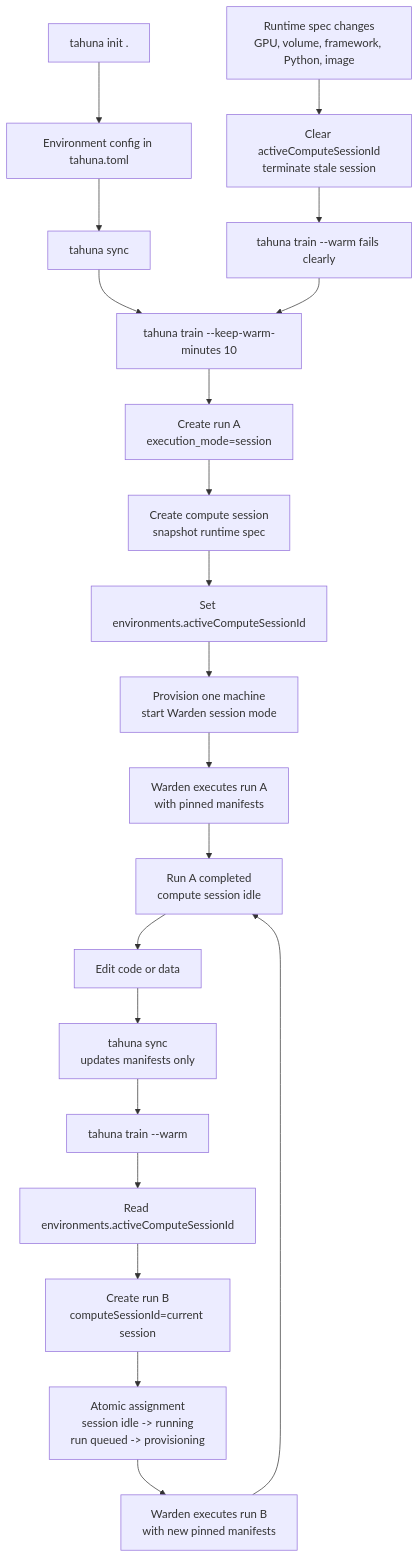
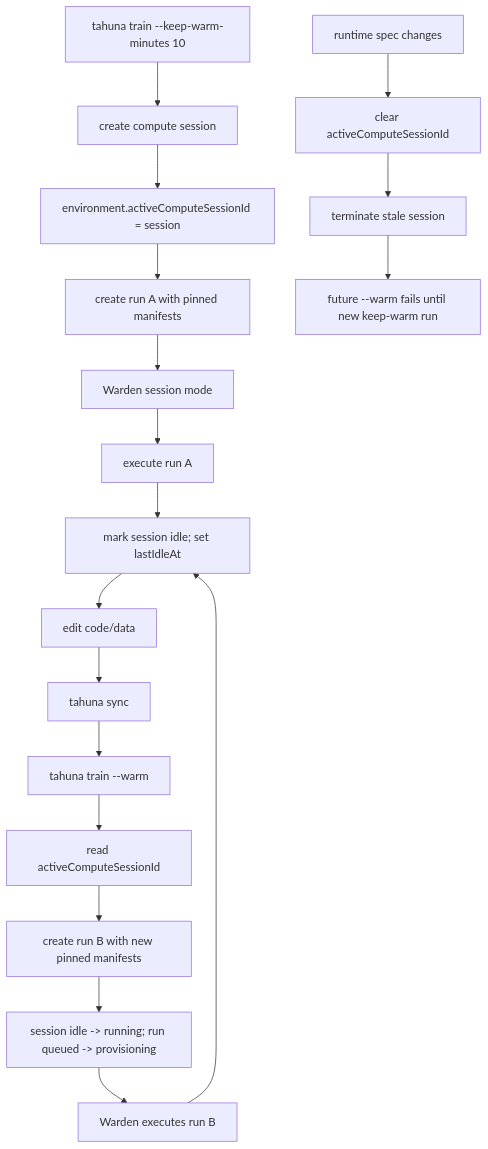
Before and after one commit to TahunaLabs/tahuna-oss: the diagram in specs/Separate compute lifetime from run lifetime.md, drawn with Mermaid. The commit also changed other lines of this file, not shown here.

Commit message:
Simplify warm compute lifecycle spec

````diff
--- a/specs/Separate compute lifetime from run lifetime.md
+++ b/specs/Separate compute lifetime from run lifetime.md
@@ -27,26 +53,22 @@
 ```mermaid
 flowchart TD
-  Init["tahuna init ."] --> Config["Environment config in tahuna.toml"]
-  Config --> Sync1["tahuna sync"]
-  Sync1 --> KeepWarm["tahuna train --keep-warm-minutes 10"]
+  TrainWarm["tahuna train --keep-warm-minutes 10"] --> CreateSession["create compute session"]
+  CreateSession --> Link["environment.activeComputeSessionId = session"]
+  Link --> BaselineRun["create run A with pinned manifests"]
+  BaselineRun --> Warden["Warden session mode"]
+  Warden --> ExecuteA["execute run A"]
+  ExecuteA --> Idle["mark session idle; set lastIdleAt"]
 
-  KeepWarm --> Run1["Create run A\nexecution_mode=session"]
-  Run1 --> SessionCreate["Create compute session\nsnapshot runtime spec"]
-  SessionCreate --> Link["Set environments.activeComputeSessionId"]
-  Link --> Provision["Provision one machine\nstart Warden session mode"]
-  Provision --> Execute1["Warden executes run A\nwith pinned manifests"]
-  Execute1 --> Idle["Run A completed\ncompute session idle"]
+  Idle --> Edit["edit code/data"]
+  Edit --> Sync["tahuna sync"]
+  Sync --> TrainReuse["tahuna train --warm"]
+  TrainReuse --> Resolve["read activeComputeSessionId"]
+  Resolve --> RunB["create run B with new pinned manifests"]
+  RunB --> Assign["session idle -> running; run queued -> provisioning"]
+  Assign --> ExecuteB["Warden executes run B"]
+  ExecuteB --> Idle
 
-  Idle --> Edit["Edit code or data"]
-  Edit --> Sync2["tahuna sync\nupdates manifests only"]
-  Sync2 --> Warm["tahuna train --warm"]
-  Warm --> Resolve["Read environments.activeComputeSessionId"]
-  Resolve --> Run2["Create run B\ncomputeSessionId=current session"]
-  Run2 --> Assign["Atomic assignment\nsession idle -> running\nrun queued -> provisioning"]
-  Assign --> Execute2["Warden executes run B\nwith new pinned manifests"]
-  Execute2 --> Idle
-
-  ConfigChange["Runtime spec changes\nGPU, volume, framework, Python, image"] --> Stale["Clear activeComputeSessionId\nterminate stale session"]
-  Stale --> WarmFail["tahuna train --warm fails clearly"]
-  WarmFail --> KeepWarm
+  RuntimeChange["runtime spec changes"] --> Clear["clear activeComputeSessionId"]
+  Clear --> Stop["terminate stale session"]
+  Stop --> WarmFail["future --warm fails until new keep-warm run"]
 ```
````
